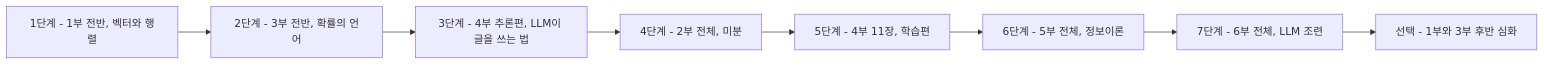
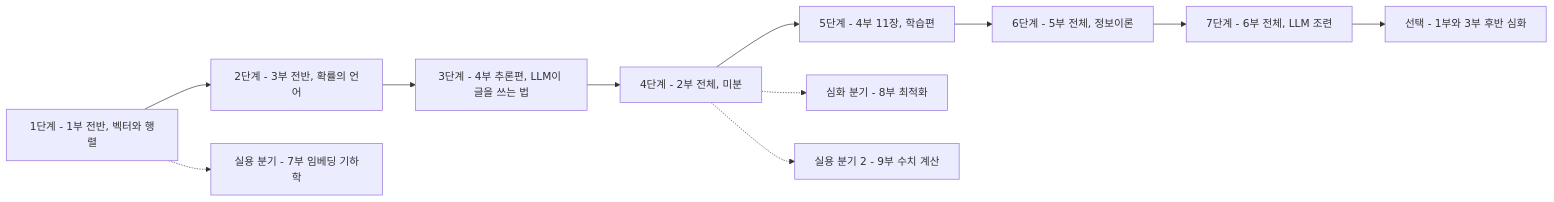
Before and after one commit to jiyupapa/math-platform: the diagram in README.md, drawn with Mermaid. The commit also changed other lines of this file and 2 other files, not shown here.

````diff
--- a/README.md
+++ b/README.md
@@ -30,10 +30,13 @@
 ```mermaid
 flowchart LR
     P1a[1단계 - 1부 전반, 벡터와 행렬] --> P3a[2단계 - 3부 전반, 확률의 언어]
     P3a --> P4a[3단계 - 4부 추론편, LLM이 글을 쓰는 법]
     P4a --> P2[4단계 - 2부 전체, 미분]
     P2 --> P4b[5단계 - 4부 11장, 학습편]
     P4b --> P5[6단계 - 5부 전체, 정보이론]
     P5 --> P6[7단계 - 6부 전체, LLM 조련]
     P6 --> OPT[선택 - 1부와 3부 후반 심화]
+    P1a -.-> B7[실용 분기 - 7부 임베딩 기하학]
+    P2 -.-> B8[심화 분기 - 8부 최적화]
+    P2 -.-> B9[실용 분기 2 - 9부 수치 계산]
 ```
````
